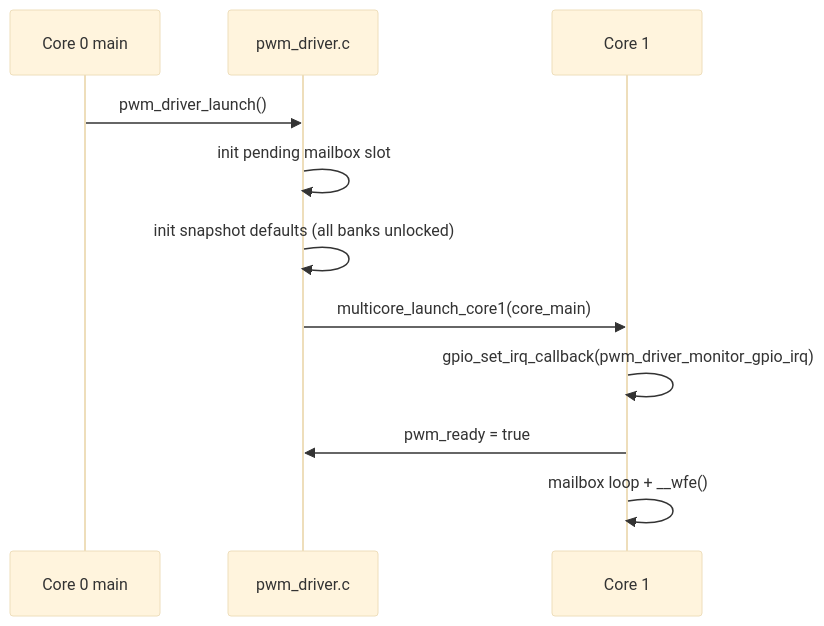
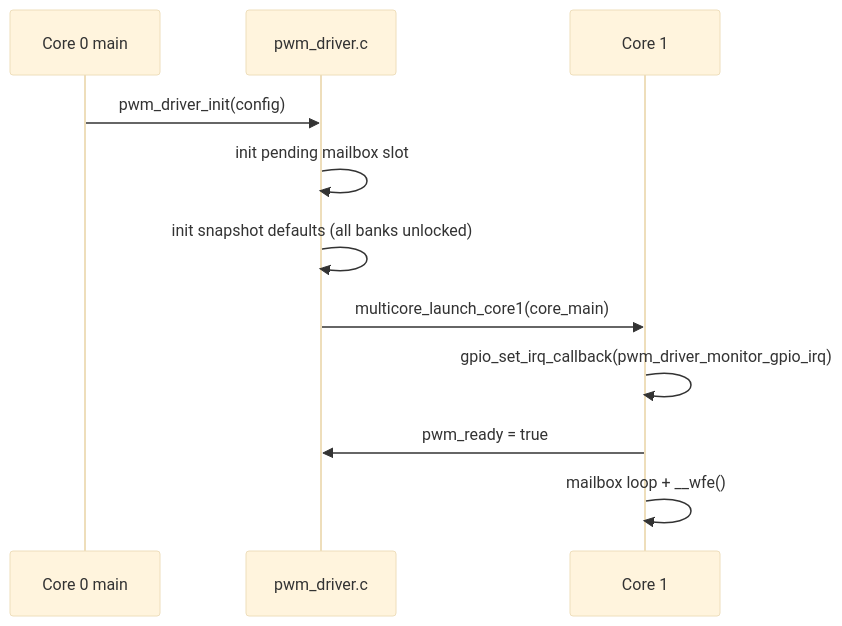
Before and after one commit to djwinter29-oss/PicoPWM: the third of 8 diagrams in docs/detail/pwm_driver_design.md, drawn with Mermaid (base theme). The commit also changed other lines of this file and 67 other files, not shown here.

````diff
--- a/docs/detail/pwm_driver_design.md
+++ b/docs/detail/pwm_driver_design.md
@@ -285,14 +288,14 @@
 ```mermaid
 sequenceDiagram
     participant C0 as Core 0 main
     participant WR as pwm_driver.c
     participant C1 as Core 1
 
-    C0->>WR: pwm_driver_launch()
+    C0->>WR: pwm_driver_init(config)
     WR->>WR: init pending mailbox slot
     WR->>WR: init snapshot defaults (all banks unlocked)
     WR->>C1: multicore_launch_core1(core_main)
     C1->>C1: gpio_set_irq_callback(pwm_driver_monitor_gpio_irq)
     C1->>WR: pwm_ready = true
     C1->>C1: mailbox loop + __wfe()
 ```
````
